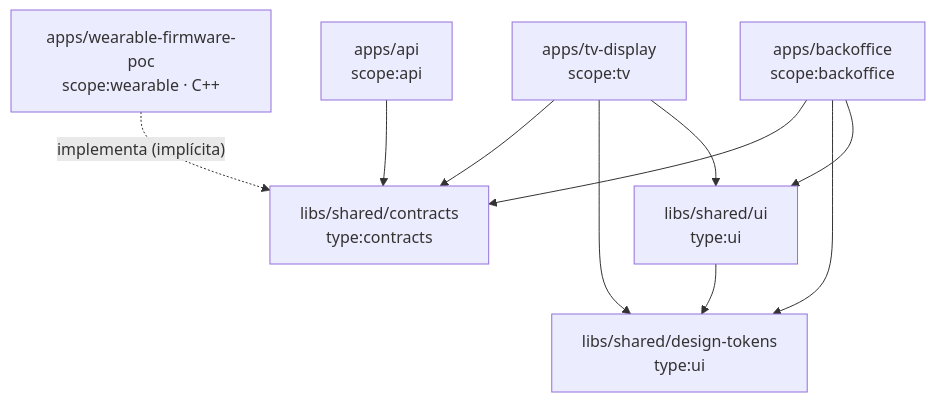
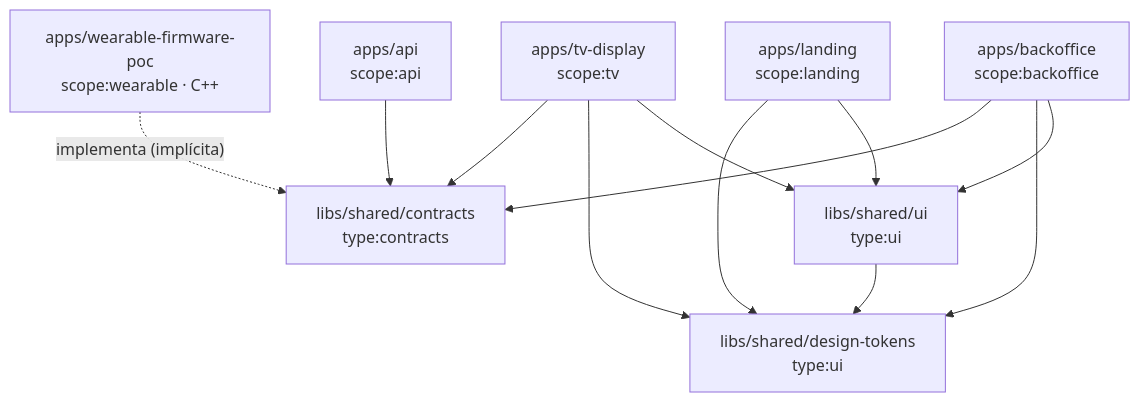
The fourth of 4 diagrams in docs/01-arquitectura.md (GastMolina267/pti-monorepo), drawn with Mermaid before and after one commit. The commit also changed other lines of this file and 10 other files, not shown here.

````diff
--- a/docs/01-arquitectura.md
+++ b/docs/01-arquitectura.md
@@ -94,10 +94,11 @@
 ```mermaid
 flowchart TB
   api["apps/api<br/>scope:api"] --> contracts
   backoffice["apps/backoffice<br/>scope:backoffice"] --> ui & tokens & contracts
   tv["apps/tv-display<br/>scope:tv"] --> ui & tokens & contracts
+  landing["apps/landing<br/>scope:landing"] --> ui & tokens
   ui["libs/shared/ui<br/>type:ui"] --> tokens
   tokens["libs/shared/design-tokens<br/>type:ui"]
   contracts["libs/shared/contracts<br/>type:contracts"]
   firmware["apps/wearable-firmware-poc<br/>scope:wearable · C++"] -. "implementa (implícita)" .-> contracts
 ```
````
